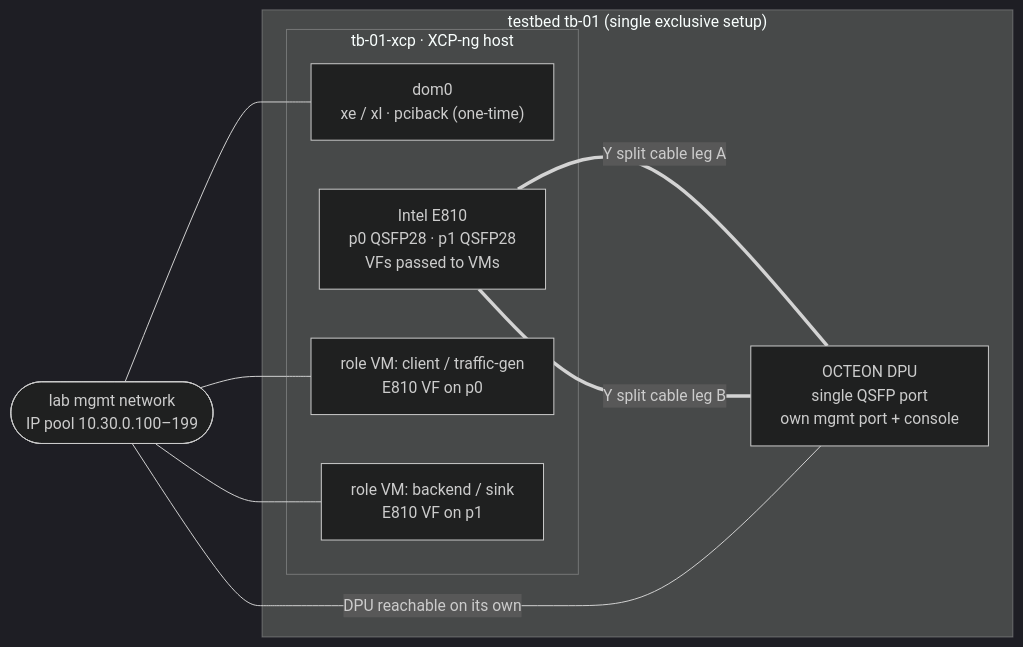
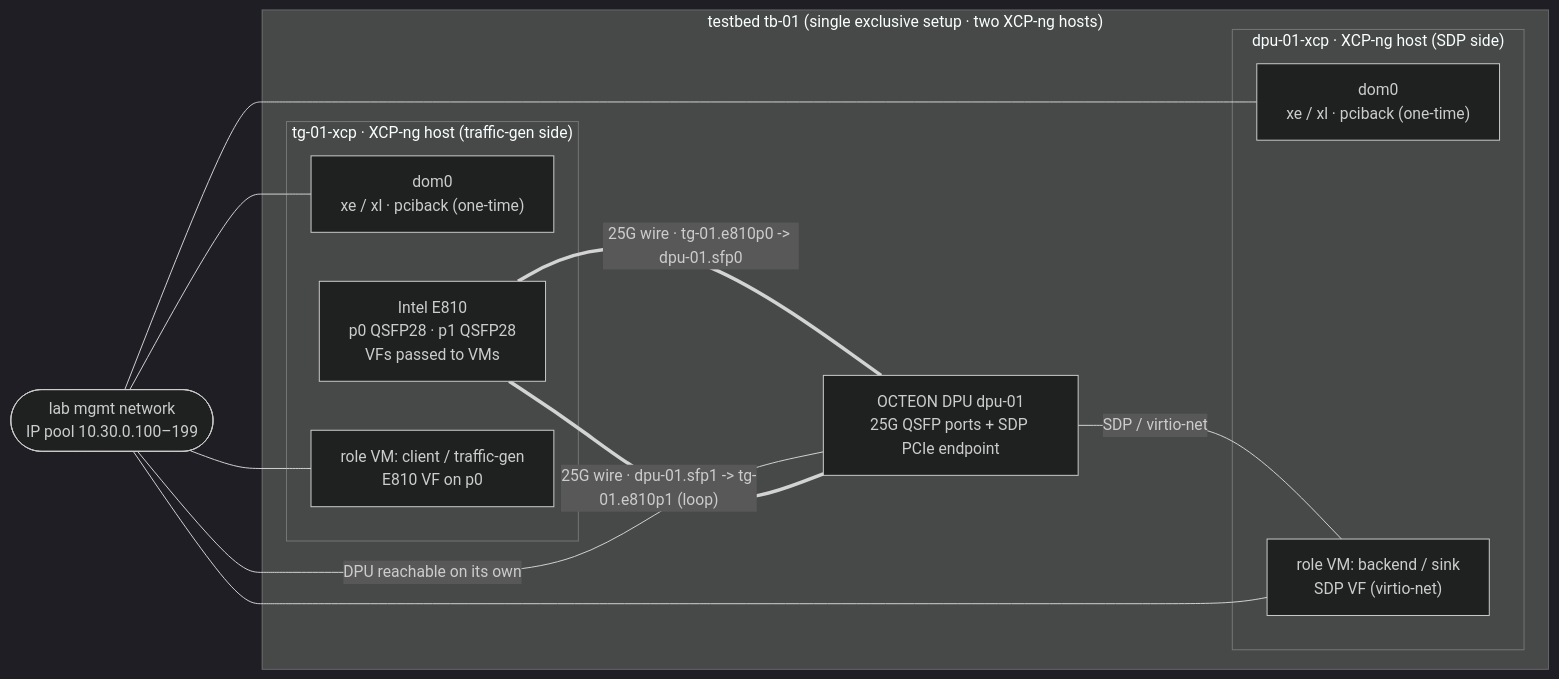
One commit to hrushikesh-sam/dao-lab-selfserve changed the first of 7 diagrams in plan/09-backend-system-design.md. Above: the diagram before and after it, drawn with Mermaid (dark theme). The commit also changed other lines of this file and 4 other files, not shown here.

First line of the commit message:
B-04 (reopen): the testbed is two XCP-ng hosts, not one

````diff
--- a/plan/09-backend-system-design.md
+++ b/plan/09-backend-system-design.md
@@ -41,19 +41,24 @@
 ```mermaid
 graph LR
-    subgraph TB["testbed tb-01 (single exclusive setup)"]
-        subgraph HOST["tb-01-xcp · XCP-ng host"]
-            DOM0["dom0<br/>xe / xl · pciback (one-time)"]
+    subgraph TB["testbed tb-01 (single exclusive setup · two XCP-ng hosts)"]
+        subgraph TG["tg-01-xcp · XCP-ng host (traffic-gen side)"]
+            TGDOM0["dom0<br/>xe / xl · pciback (one-time)"]
             E810["Intel E810<br/>p0 QSFP28 · p1 QSFP28<br/>VFs passed to VMs"]
             VM1["role VM: client / traffic-gen<br/>E810 VF on p0"]
-            VM2["role VM: backend / sink<br/>E810 VF on p1"]
         end
-        DPU["OCTEON DPU<br/>single QSFP port<br/>own mgmt port + console"]
+        subgraph DX["dpu-01-xcp · XCP-ng host (SDP side)"]
+            DXDOM0["dom0<br/>xe / xl · pciback (one-time)"]
+            VM2["role VM: backend / sink<br/>SDP VF (virtio-net)"]
+        end
+        DPU["OCTEON DPU dpu-01<br/>25G QSFP ports + SDP PCIe endpoint"]
     end
-    E810 ===|"Y split cable leg A"| DPU
-    E810 ===|"Y split cable leg B"| DPU
+    E810 ===|"25G wire · tg-01.e810p0 -> dpu-01.sfp0"| DPU
+    DPU ===|"25G wire · dpu-01.sfp1 -> tg-01.e810p1 (loop)"| E810
+    DPU ---|"SDP / virtio-net"| VM2
     MGMT(["lab mgmt network<br/>IP pool 10.30.0.100–199"])
-    MGMT --- DOM0
+    MGMT --- TGDOM0
+    MGMT --- DXDOM0
     MGMT --- VM1
     MGMT --- VM2
     MGMT ---|"DPU reachable on its own"| DPU
 ```
````
